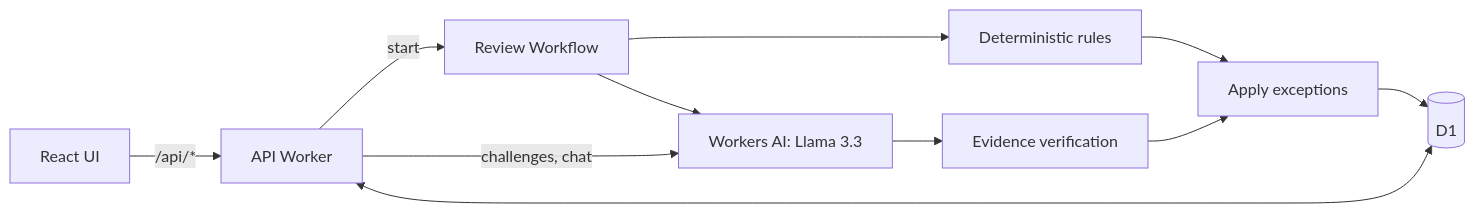
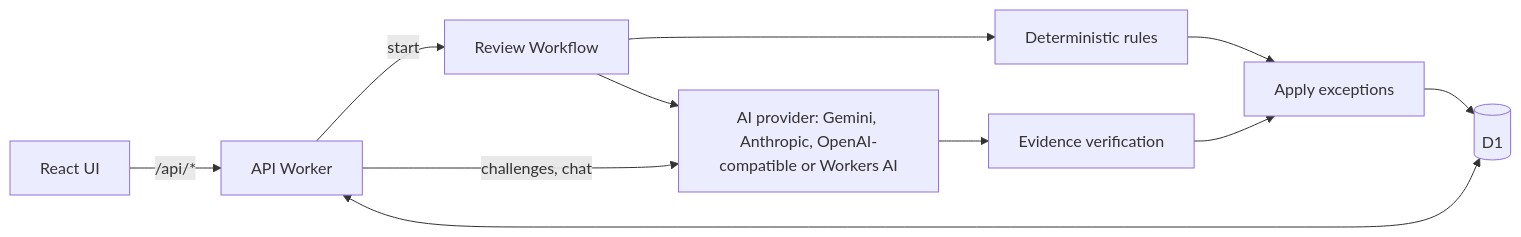
Before and after one commit to ashishkucheria/engineering-guardrail-copilot: the diagram in README.md, drawn with Mermaid. The commit also changed other lines of this file and 32 other files, not shown here.

````diff
--- a/README.md
+++ b/README.md
@@ -14,13 +14,13 @@
 ```mermaid
 flowchart LR
   UI[React UI] -->|/api/*| W[API Worker]
   W -->|start| WF[Review Workflow]
   WF --> R[Deterministic rules]
-  WF --> AI[Workers AI: Llama 3.3]
+  WF --> AI[AI provider: Gemini, Anthropic, OpenAI-compatible or Workers AI]
   AI --> V[Evidence verification]
   R --> X[Apply exceptions]
   V --> X
   X --> DB[(D1)]
   W <--> DB
   W -->|challenges, chat| AI
 ```
````
